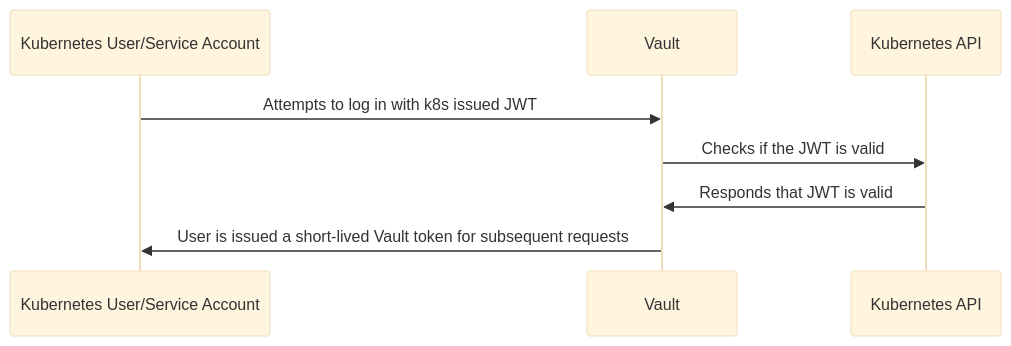
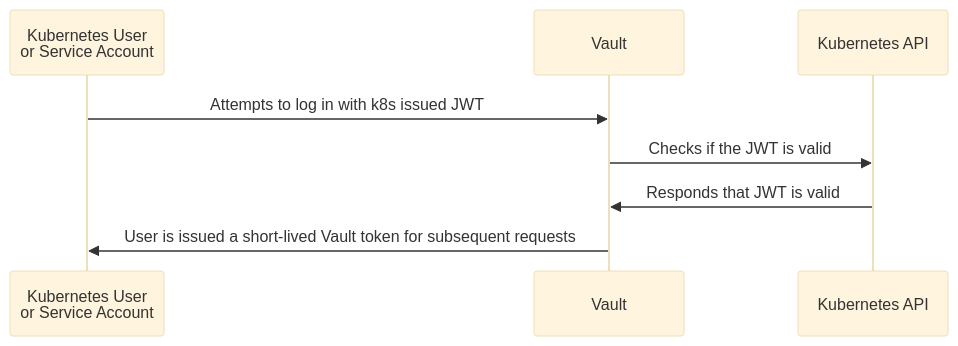
Before and after one commit to hello-world-vault/.github: the diagram in vault-101.md, drawn with Mermaid (base theme).

Commit message:
Add line break to diagram participant

````diff
--- a/vault-101.md
+++ b/vault-101.md
@@ -64,11 +64,11 @@
 ```mermaid
 sequenceDiagram
-    participant User as Kubernetes User/Service Account
+    participant User as Kubernetes User<br />or Service Account
     participant Vault
     participant K8s as Kubernetes API
 
     User->>Vault: Attempts to log in with k8s issued JWT
     Vault->>K8s: Checks if the JWT is valid
     K8s->>Vault: Responds that JWT is valid
     Vault->>User: User is issued a short-lived Vault token for subsequent requests
 ```
````
